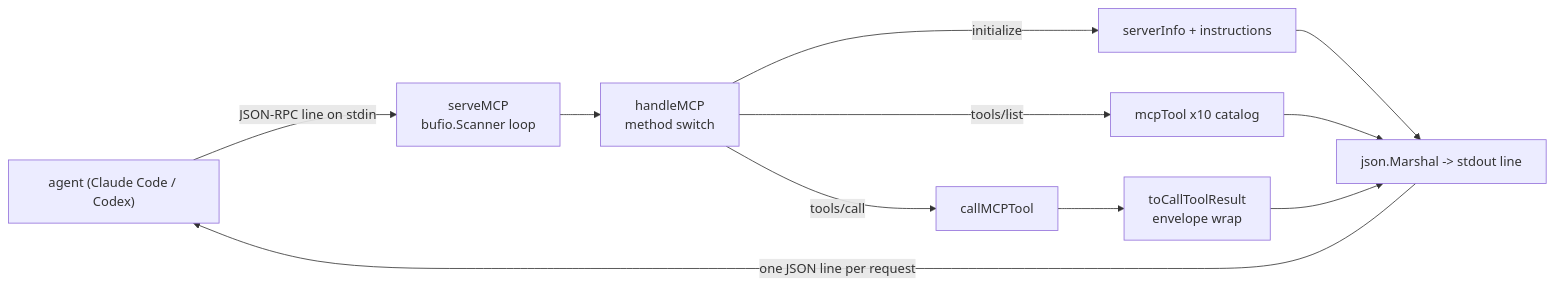
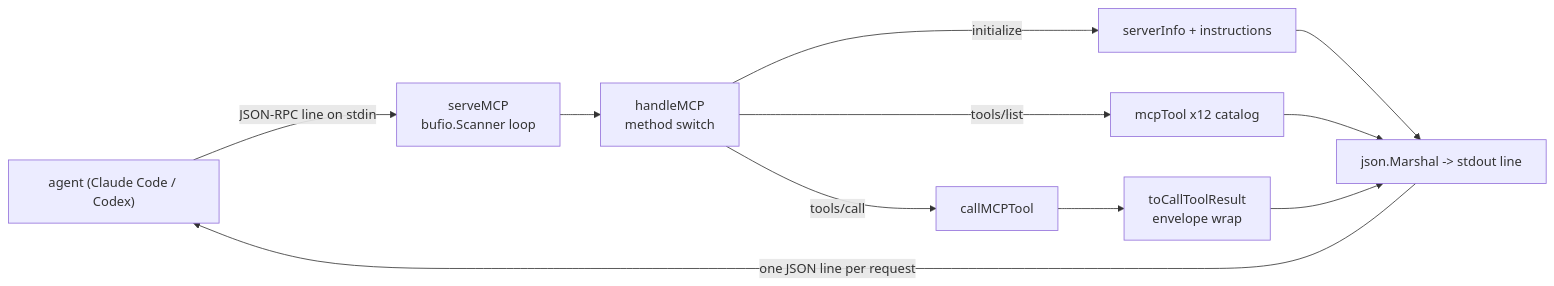
One commit to pyranthus-hq/mora changed the first of 3 diagrams in docs/architecture/06-mcp-server.md. Above: the diagram before and after it, drawn with Mermaid. The commit also changed other lines of this file and 5 other files, not shown here.

````diff
--- a/docs/architecture/06-mcp-server.md
+++ b/docs/architecture/06-mcp-server.md
@@ -19,13 +19,13 @@
 ```mermaid
 flowchart LR
   A["agent (Claude Code / Codex)"] -- "JSON-RPC line on stdin" --> B["serveMCP<br/>bufio.Scanner loop"]
   B --> C["handleMCP<br/>method switch"]
   C -->|initialize| D["serverInfo + instructions"]
-  C -->|tools/list| E["mcpTool x10 catalog"]
+  C -->|tools/list| E["mcpTool x12 catalog"]
   C -->|tools/call| F["callMCPTool"]
   F --> G["toCallToolResult<br/>envelope wrap"]
   D --> H["json.Marshal -> stdout line"]
   E --> H
   G --> H
   H -- "one JSON line per request" --> A
 ```
````
